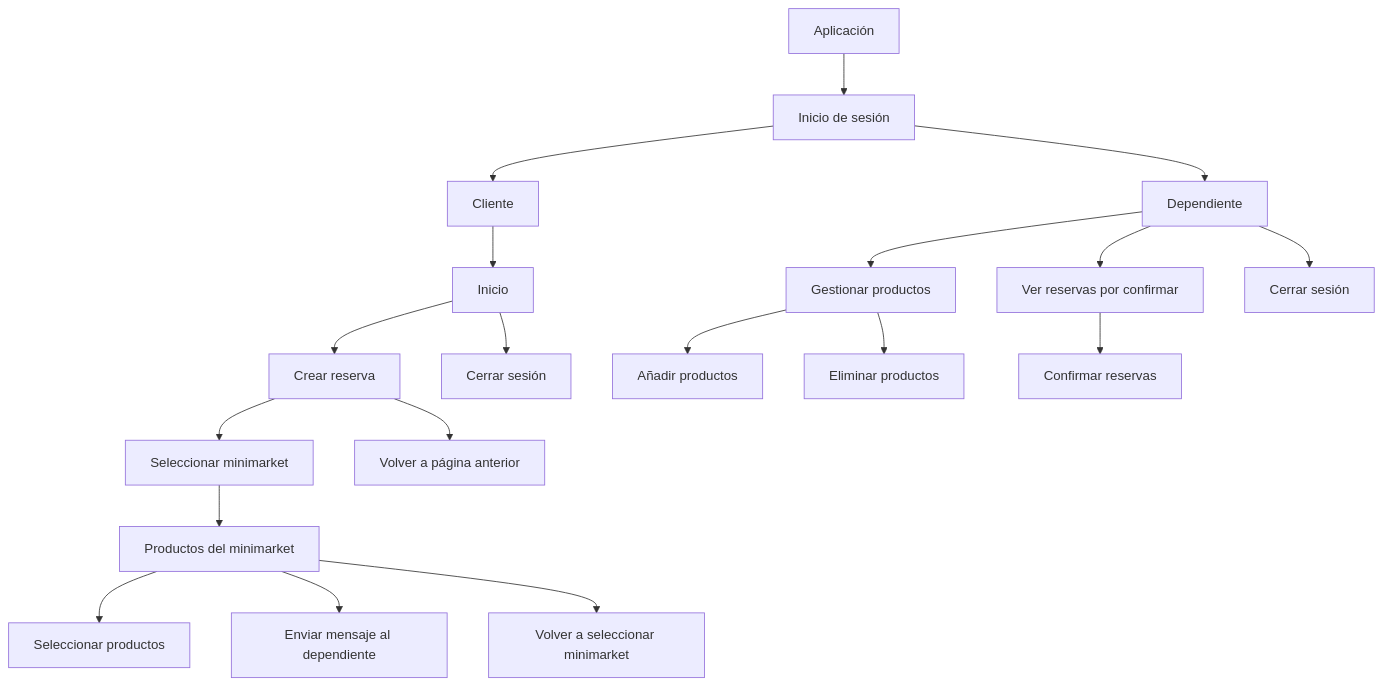
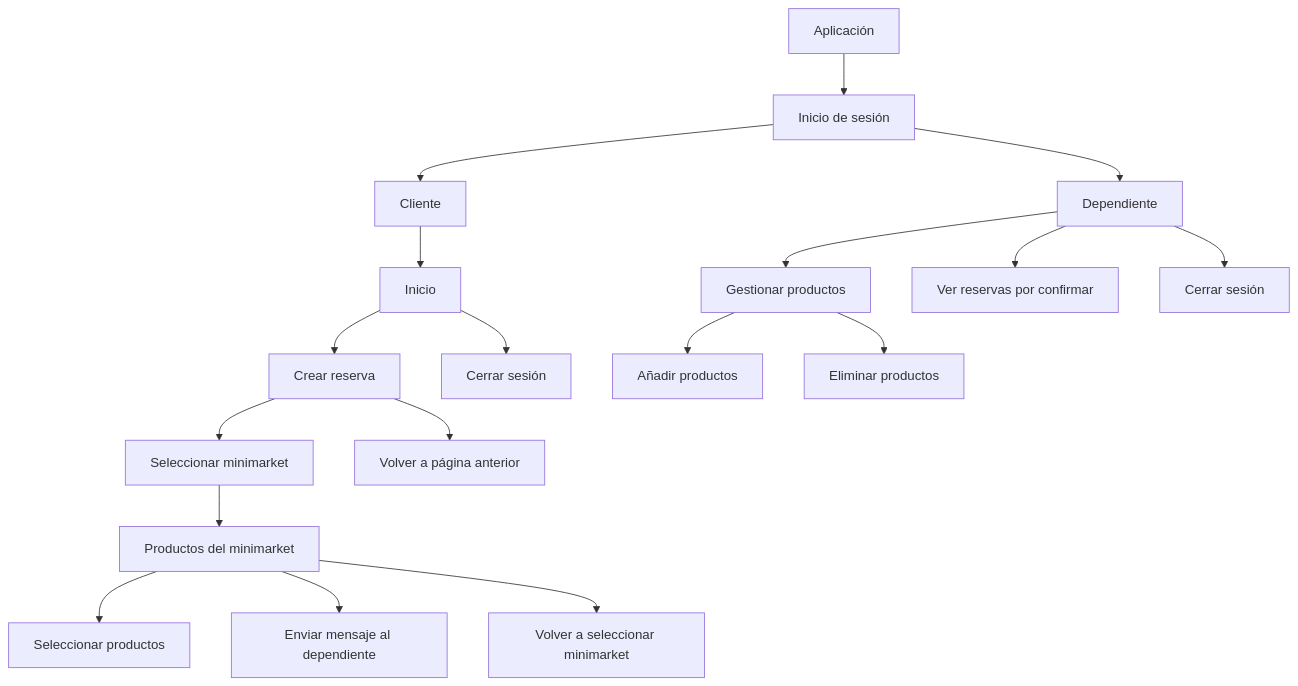
Before and after one commit to erick677710/SistemaDeReserva: the diagram in PERSONA/PERSONA-V0.1.md, drawn with Mermaid. The commit also changed other lines of this file, not shown here.

````diff
--- a/PERSONA/PERSONA-V0.1.md
+++ b/PERSONA/PERSONA-V0.1.md
@@ -10,31 +10,29 @@
 ```mermaid
 flowchart TD
     A[Aplicación] --> B[Inicio de sesión]
 
     B --> C[Cliente]
     B --> D[Dependiente]
 
     %% Flujo del Cliente
     C --> C1[Inicio]
     C1 --> C2[Crear reserva]
     C1 --> C3[Cerrar sesión]
 
     C2 --> C4[Seleccionar minimarket]
     C4 --> C5[Productos del minimarket]
     
     C5 --> C6[Seleccionar productos]
     C5 --> C7[Enviar mensaje al dependiente]
     C5 --> C8[Volver a seleccionar minimarket]
 
     C2 --> C9[Volver a página anterior]
 
     %% Flujo del Dependiente
     D --> D1[Gestionar productos]
     D --> D2[Ver reservas por confirmar]
     D --> D3[Cerrar sesión]
 
     D1 --> D4[Añadir productos]
     D1 --> D5[Eliminar productos]
-
-    D2 --> D6[Confirmar reservas]
 ```
````
